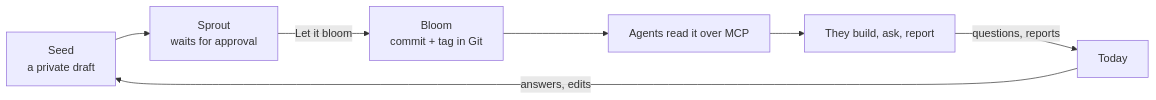
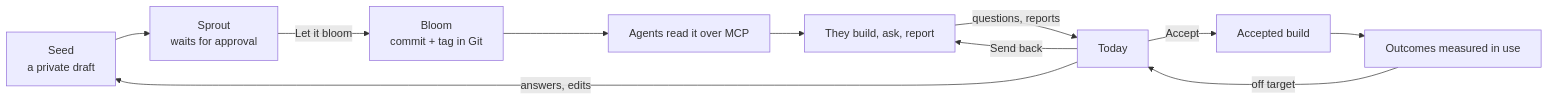
One commit to Kogoro/Garten changed the diagram in README.md. Above: the diagram before and after it, drawn with Mermaid. The commit also changed other lines of this file and 24 other files, not shown here.

````diff
--- a/README.md
+++ b/README.md
@@ -23,9 +24,13 @@
 ```mermaid
 flowchart LR
   A["Seed<br/>a private draft"] --> B["Sprout<br/>waits for approval"]
   B -- "Let it bloom" --> C["Bloom<br/>commit + tag in Git"]
   C --> D["Agents read it over MCP"]
   D --> E["They build, ask, report"]
   E -- "questions, reports" --> F["Today"]
+  F -- "Accept" --> G["Accepted build"]
+  F -- "Send back" --> E
+  G --> H["Outcomes measured in use"]
+  H -- "off target" --> F
   F -- "answers, edits" --> A
 ```
````
